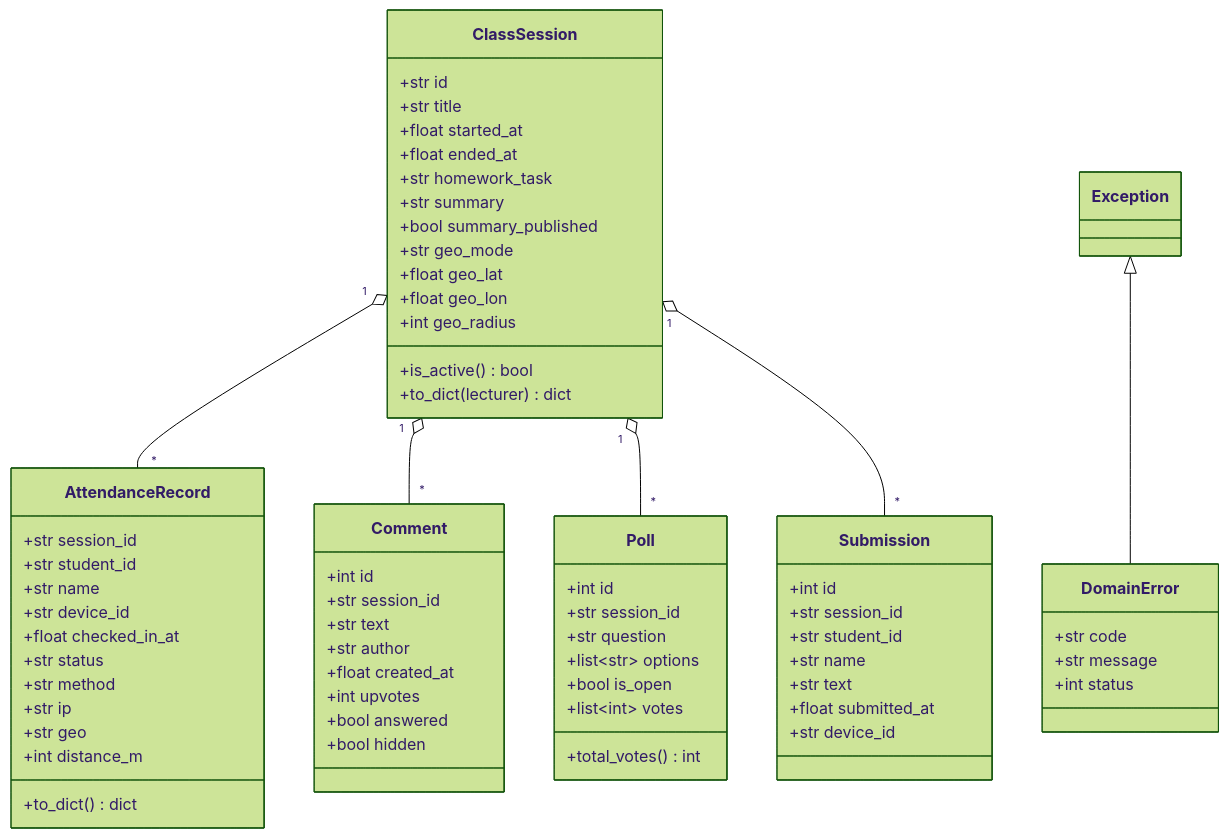
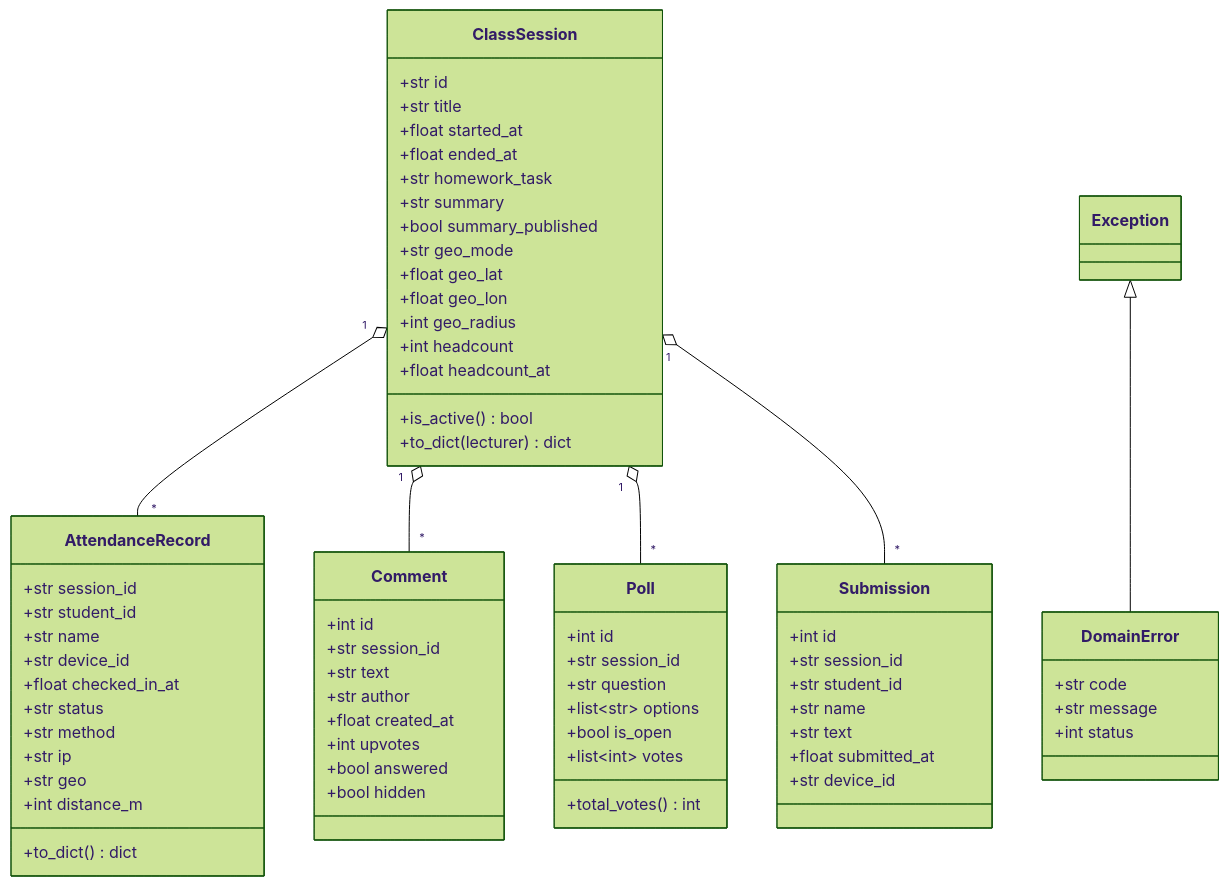
The first of 6 diagrams in docs/06-class-diagrams.md (roneliyahu2001/oop-ex2-classpulse), drawn with Mermaid (forest theme) before and after one commit. The commit also changed other lines of this file and 61 other files, not shown here.

````diff
--- a/docs/06-class-diagrams.md
+++ b/docs/06-class-diagrams.md
@@ -6,69 +6,71 @@
 ```mermaid
 classDiagram
   class ClassSession {
     +str id
     +str title
     +float started_at
     +float ended_at
     +str homework_task
     +str summary
     +bool summary_published
     +str geo_mode
     +float geo_lat
     +float geo_lon
     +int geo_radius
+    +int headcount
+    +float headcount_at
     +is_active() bool
     +to_dict(lecturer) dict
   }
   class AttendanceRecord {
     +str session_id
     +str student_id
     +str name
     +str device_id
     +float checked_in_at
     +str status
     +str method
     +str ip
     +str geo
     +int distance_m
     +to_dict() dict
   }
   class Comment {
     +int id
     +str session_id
     +str text
     +str author
     +float created_at
     +int upvotes
     +bool answered
     +bool hidden
   }
   class Poll {
     +int id
     +str session_id
     +str question
     +list~str~ options
     +bool is_open
     +list~int~ votes
     +total_votes() int
   }
   class Submission {
     +int id
     +str session_id
     +str student_id
     +str name
     +str text
     +float submitted_at
     +str device_id
   }
   class DomainError {
     +str code
     +str message
     +int status
   }
   Exception <|-- DomainError
   ClassSession "1" o-- "*" AttendanceRecord
   ClassSession "1" o-- "*" Comment
   ClassSession "1" o-- "*" Poll
   ClassSession "1" o-- "*" Submission
 ```
````
